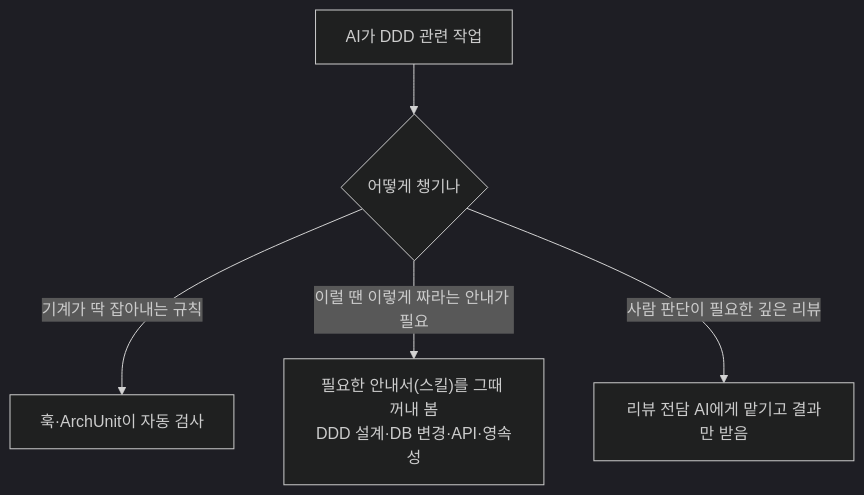
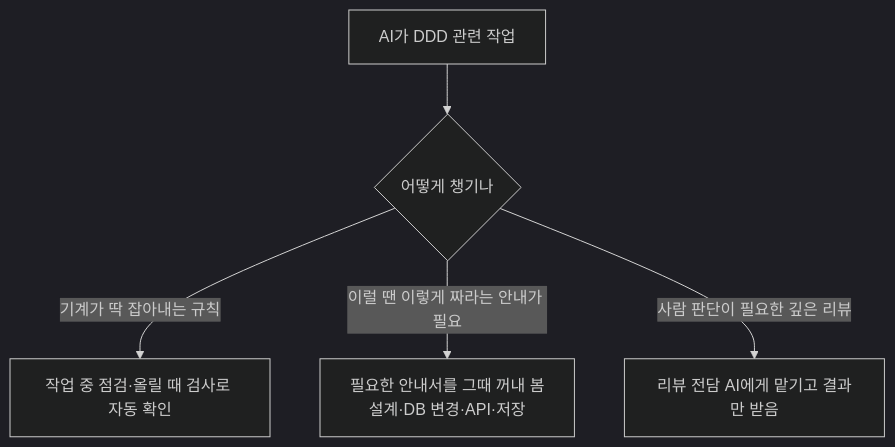
The sixth of 7 diagrams in README.md (HongJungWan/opinionated-harness-template), drawn with Mermaid (dark theme) before and after one commit. The commit also changed other lines of this file, not shown here.

````diff
--- a/README.md
+++ b/README.md
@@ -240,7 +173,7 @@
 ```mermaid
 flowchart TD
     A["AI가 DDD 관련 작업"] --> B{"어떻게 챙기나"}
-    B -->|"기계가 딱 잡아내는 규칙"| C["훅·ArchUnit이 자동 검사"]
-    B -->|"이럴 땐 이렇게 짜라는 안내가 필요"| D["필요한 안내서(스킬)를 그때 꺼내 봄<br/>DDD 설계·DB 변경·API·영속성"]
+    B -->|"기계가 딱 잡아내는 규칙"| C["작업 중 점검·올릴 때 검사로 자동 확인"]
+    B -->|"이럴 땐 이렇게 짜라는 안내가 필요"| D["필요한 안내서를 그때 꺼내 봄<br/>설계·DB 변경·API·저장"]
     B -->|"사람 판단이 필요한 깊은 리뷰"| E["리뷰 전담 AI에게 맡기고 결과만 받음"]
 ```
````
